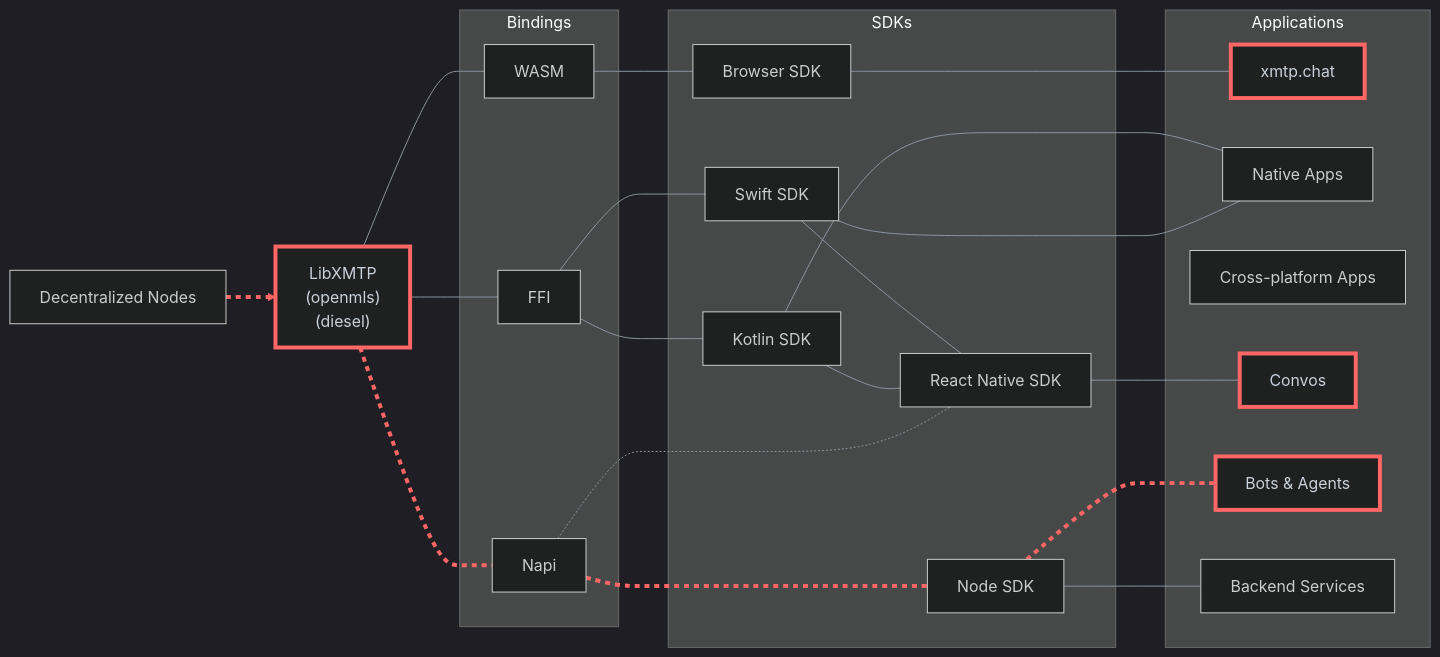
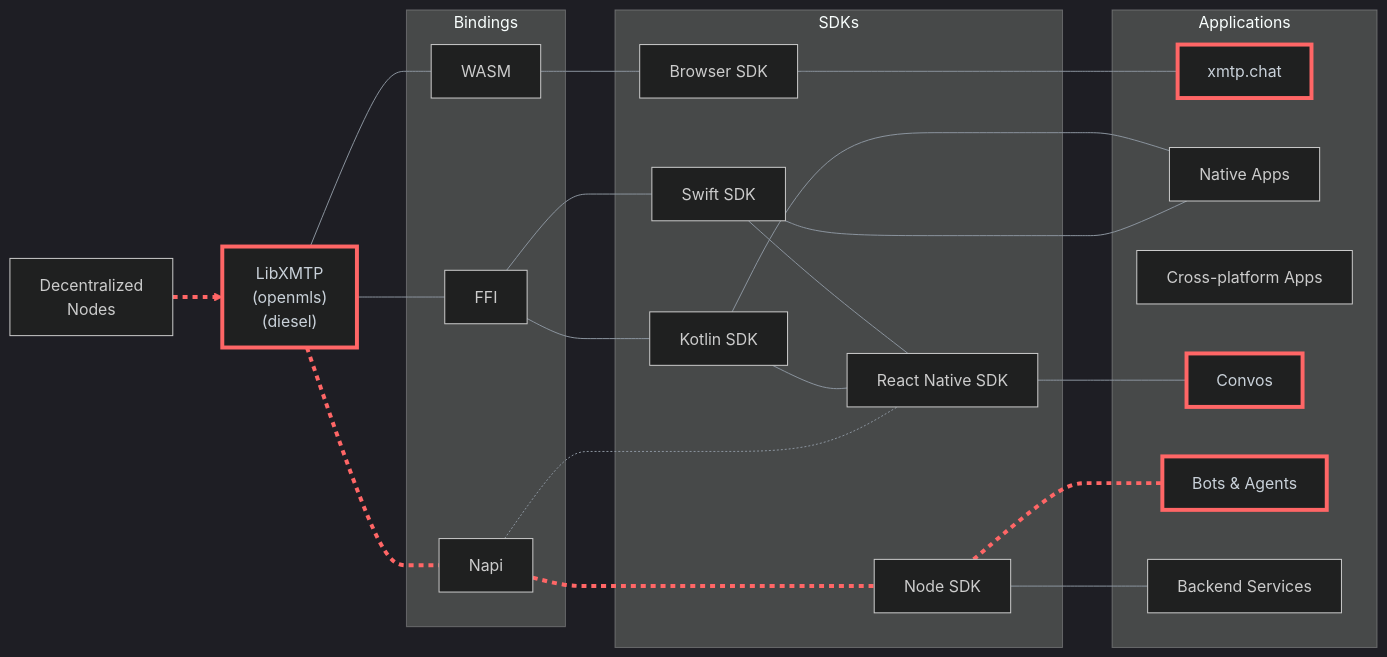
One commit to xmtp/xmtp-qa-tools changed the diagram in README.md. Above: the diagram before and after it, drawn with Mermaid.

Commit message:
Fix formatting for decentralized nodes in README flowchart

````diff
--- a/README.md
+++ b/README.md
@@ -21,56 +21,56 @@
 ```mermaid
 %%{init: {'theme': 'dark', 'themeVariables': { 'primaryColor': '#0D1117', 'primaryTextColor': '#c9d1d9', 'primaryBorderColor': '#30363d', 'lineColor': '#8b949e', 'secondaryColor': '#161b22', 'tertiaryColor': '#161b22' }}}%%
 
 flowchart LR
   %% Core components and bindings
   subgraph Bindings["Bindings"]
     wasm["WASM"]
     ffi["FFI"]
     napi["Napi"]
   end
 
   subgraph SDKs["SDKs"]
     browserSDK["Browser SDK"]
     swiftSDK["Swift SDK"]
     kotlinSDK["Kotlin SDK"]
     reactNativeSDK["React Native SDK"]
     nodesdk["Node SDK"]
   end
 
   subgraph Applications["Applications"]
     webApps["xmtp.chat"]
     mobileApps["Native Apps"]
     crossPlatformApps["Cross-platform Apps"]
     messagingApps["Convos"]
     botAgents["Bots & Agents"]
     backendServices["Backend Services"]
   end
 
-  decentralNode["Decentralized Nodes"] --> libxmtp["LibXMTP<br>(openmls)<br>(diesel)"]
+  decentralNode["Decentralized<br>Nodes"] --> libxmtp["LibXMTP<br>(openmls)<br>(diesel)"]
   libxmtp --- wasm
   libxmtp --- ffi
   kotlinSDK --- mobileApps
   libxmtp --- napi
 
   wasm --- browserSDK
   ffi --- swiftSDK
   ffi --- kotlinSDK
 
   swiftSDK --- reactNativeSDK
   kotlinSDK --- reactNativeSDK
 
   browserSDK --- webApps
 
   swiftSDK --- mobileApps
 
   napi --- nodesdk
   nodesdk --- botAgents
   nodesdk --- backendServices
 
   reactNativeSDK --- messagingApps
   napi -.- reactNativeSDK
 
   linkStyle 0,4,12,13 stroke:#f66,stroke-width:4px,stroke-dasharray: 5,5;
   classDef highlightStroke stroke:#f66,color:#c9d1d9,stroke-width:4px;
   class centralNode,libxmtp,webApps,messagingApps,botAgents highlightStroke;
 ```
````
